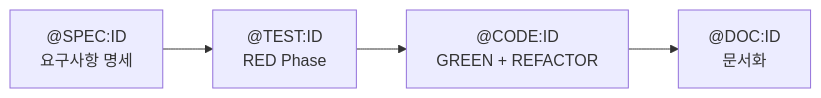
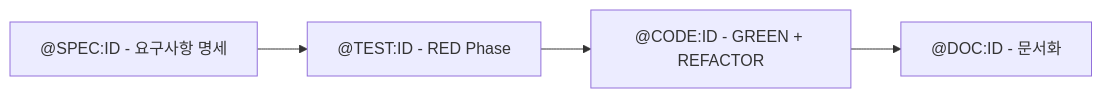
Before and after one commit to modu-ai/moai-adk: the second of 4 diagrams in docs/guide/tag-system.md, drawn with Mermaid. The commit also changed other lines of this file and 447 other files, not shown here.

````diff
--- a/docs/guide/tag-system.md
+++ b/docs/guide/tag-system.md
@@ -28,7 +28,7 @@
 ```mermaid
 graph LR
-    SPEC["@SPEC:ID<br/>요구사항 명세"] --> TEST["@TEST:ID<br/>RED Phase"]
-    TEST --> CODE["@CODE:ID<br/>GREEN + REFACTOR"]
-    CODE --> DOC["@DOC:ID<br/>문서화"]
+    SPEC["@SPEC:ID - 요구사항 명세"] --> TEST["@TEST:ID - RED Phase"]
+    TEST --> CODE["@CODE:ID - GREEN + REFACTOR"]
+    CODE --> DOC["@DOC:ID - 문서화"]
 
 ```
````
